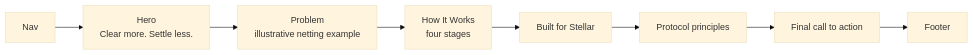
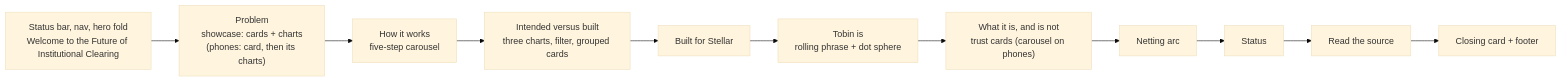
The first of 2 diagrams in apps/landing/README.md (tobin-protocol/tobin), drawn with Mermaid (base theme) before and after one commit. The commit also changed other lines of this file, not shown here.

````diff
--- a/apps/landing/README.md
+++ b/apps/landing/README.md
@@ -38,10 +42,13 @@
 ```mermaid
 flowchart LR
-  nav["Nav"] --> hero["Hero<br/>Clear more. Settle less."]
-  hero --> problem["Problem<br/>illustrative netting example"]
-  problem --> how["How It Works<br/>four stages"]
-  how --> stellar["Built for Stellar"]
-  stellar --> principles["Protocol principles"]
-  principles --> cta["Final call to action"]
-  cta --> footer["Footer"]
+  hero["Status bar, nav, hero fold<br/>Welcome to the Future of Institutional Clearing"] --> problem["Problem<br/>showcase: cards + charts<br/>(phones: card, then its charts)"]
+  problem --> how["How it works<br/>five-step carousel"]
+  how --> built["Intended versus built<br/>three charts, filter, grouped cards"]
+  built --> stellar["Built for Stellar"]
+  stellar --> manifesto["Tobin is<br/>rolling phrase + dot sphere"]
+  manifesto --> trust["What it is, and is not<br/>trust cards (carousel on phones)"]
+  trust --> arc["Netting arc"]
+  arc --> ledger["Status"]
+  ledger --> source["Read the source"]
+  source --> cta["Closing card + footer"]
 ```
````
